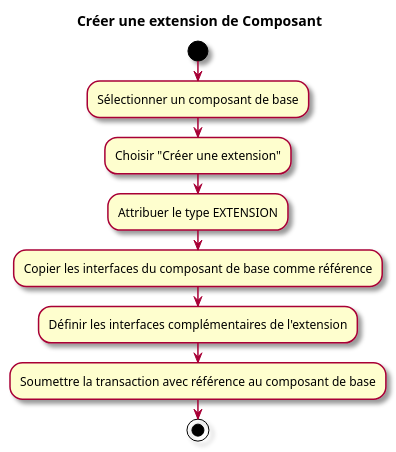
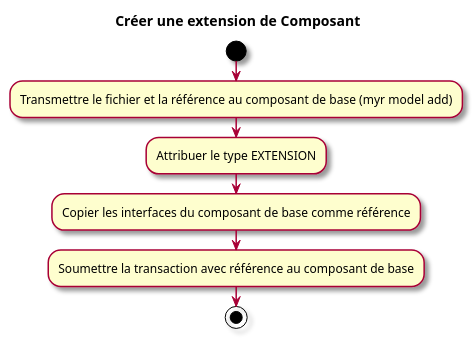
The second of 2 diagrams in specs/1-Expression/UCCE-Composant_Ecriture/UCCE05.md (olivaux/myr), drawn with PlantUML before and after one commit. The commit also changed other lines of this file and 65 other files, not shown here.

````diff
--- a/specs/1-Expression/UCCE-Composant_Ecriture/UCCE05.md
+++ b/specs/1-Expression/UCCE-Composant_Ecriture/UCCE05.md
@@ -61,14 +61,12 @@
 ```plantuml
 @startuml
 skin rose
 title Créer une extension de Composant
 start
-:Sélectionner un composant de base;
-:Choisir "Créer une extension";
+:Transmettre le fichier et la référence au composant de base (myr model add);
 :Attribuer le type EXTENSION;
 :Copier les interfaces du composant de base comme référence;
-:Définir les interfaces complémentaires de l'extension;
 :Soumettre la transaction avec référence au composant de base;
 stop
 @enduml
 ```
````
